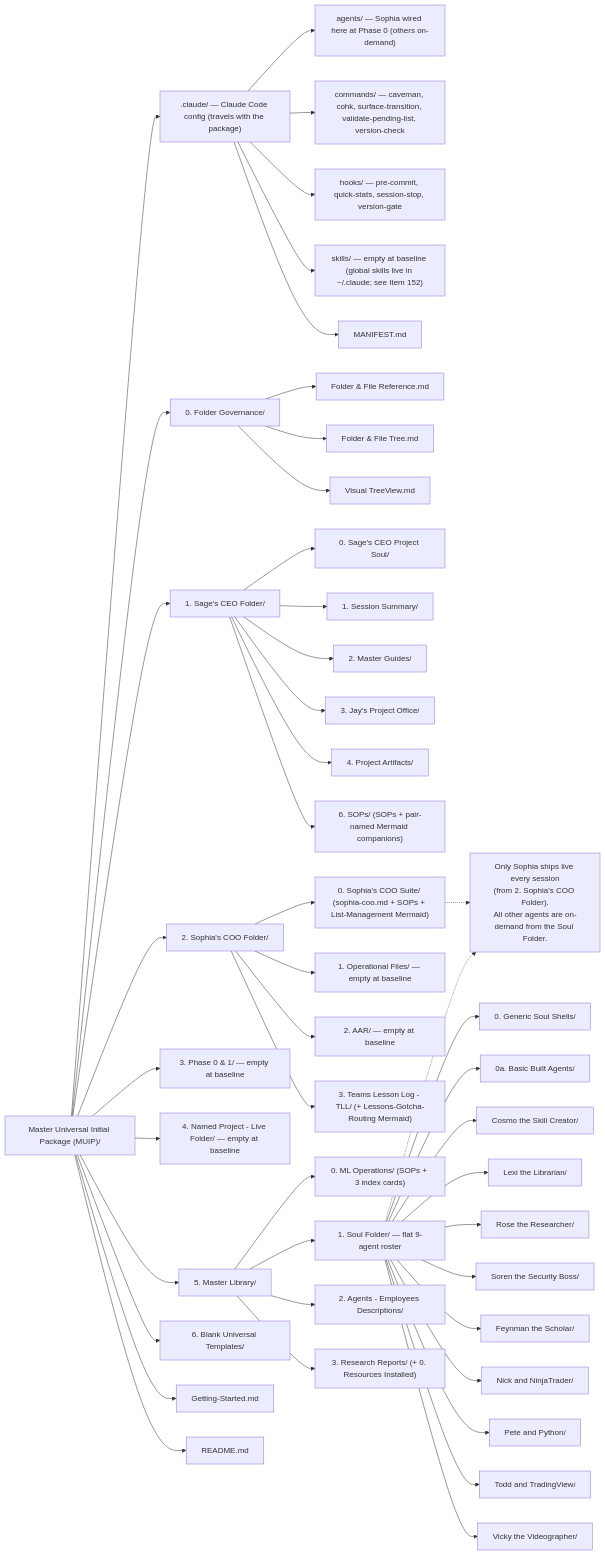
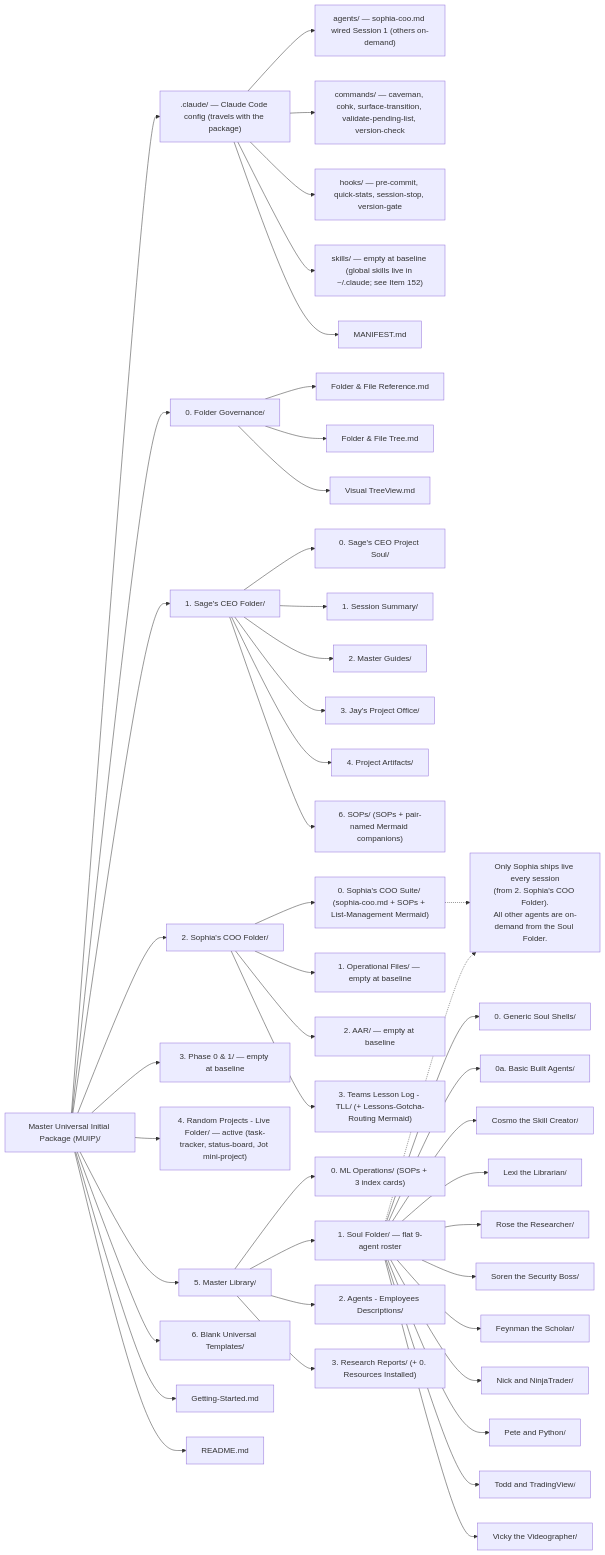
The diagram in 0. Folder Governance/Visual TreeView.md (lacerda4269-rgb/random-claude-projects), drawn with Mermaid before and after one commit. The commit also changed other lines of this file and 17 other files, not shown here.

````diff
--- a/0. Folder Governance/Visual TreeView.md
+++ b/0. Folder Governance/Visual TreeView.md
@@ -19,64 +19,64 @@
 ```mermaid
 graph LR
     v01b["Master Universal Initial Package (MUIP)/"]
     v01b --> DOTCLAUDE[".claude/ — Claude Code config (travels with the package)"]
     v01b --> FG["0. Folder Governance/"]
     v01b --> CEO["1. Sage's CEO Folder/"]
     v01b --> COO["2. Sophia's COO Folder/"]
     v01b --> PO1["3. Phase 0 & 1/ — empty at baseline"]
-    v01b --> LIVE["4. Named Project - Live Folder/ — empty at baseline"]
+    v01b --> LIVE["4. Random Projects - Live Folder/ — active (task-tracker, status-board, Jot mini-project)"]
     v01b --> ML["5. Master Library/"]
     v01b --> BT["6. Blank Universal Templates/"]
     v01b --> GS["Getting-Started.md"]
     v01b --> RM["README.md"]
 
     %% .claude (Claude Code config — travels with the package)
-    DOTCLAUDE --> DC_AGENTS["agents/ — Sophia wired here at Phase 0 (others on-demand)"]
+    DOTCLAUDE --> DC_AGENTS["agents/ — sophia-coo.md wired Session 1 (others on-demand)"]
     DOTCLAUDE --> DC_CMD["commands/ — caveman, cohk, surface-transition, validate-pending-list, version-check"]
     DOTCLAUDE --> DC_HOOKS["hooks/ — pre-commit, quick-stats, session-stop, version-gate"]
     DOTCLAUDE --> DC_SKILLS["skills/ — empty at baseline (global skills live in ~/.claude; see Item 152)"]
     DOTCLAUDE --> DC_MAN["MANIFEST.md"]
 
     %% 0. Folder Governance
     FG --> FG_REF["Folder & File Reference.md"]
     FG --> FG_TREE["Folder & File Tree.md"]
     FG --> FG_VIS["Visual TreeView.md"]
 
     %% 1. Sage's CEO Folder
     CEO --> CEO_SOUL["0. Sage's CEO Project Soul/"]
     CEO --> CEO_SS["1. Session Summary/"]
     CEO --> CEO_MG["2. Master Guides/"]
     CEO --> CEO_PO["3. Jay's Project Office/"]
     CEO --> CEO_PA["4. Project Artifacts/"]
     CEO --> CEO_SOP["6. SOPs/ (SOPs + pair-named Mermaid companions)"]
 
     %% 2. Sophia's COO Folder
     COO --> COO_SUITE["0. Sophia's COO Suite/ (sophia-coo.md + SOPs + List-Management Mermaid)"]
     COO --> COO_OPS["1. Operational Files/ — empty at baseline"]
     COO --> COO_AAR["2. AAR/ — empty at baseline"]
     COO --> COO_TLL["3. Teams Lesson Log - TLL/ (+ Lessons-Gotcha-Routing Mermaid)"]
 
     %% 5. Master Library
     ML --> ML_OPS["0. ML Operations/ (SOPs + 3 index cards)"]
     ML --> ML_SOUL["1. Soul Folder/ — flat 9-agent roster"]
     ML --> ML_DESC["2. Agents - Employees Descriptions/"]
     ML --> ML_RR["3. Research Reports/ (+ 0. Resources Installed)"]
 
     %% Soul Folder — flat roster
     ML_SOUL --> SF_SHELLS["0. Generic Soul Shells/"]
     ML_SOUL --> SF_BASIC["0a. Basic Built Agents/"]
     ML_SOUL --> SF_COSMO["Cosmo the Skill Creator/"]
     ML_SOUL --> SF_LEXI["Lexi the Librarian/"]
     ML_SOUL --> SF_ROSE["Rose the Researcher/"]
     ML_SOUL --> SF_SOREN["Soren the Security Boss/"]
     ML_SOUL --> SF_FEY["Feynman the Scholar/"]
     ML_SOUL --> SF_NICK["Nick and NinjaTrader/"]
     ML_SOUL --> SF_PETE["Pete and Python/"]
     ML_SOUL --> SF_TODD["Todd and TradingView/"]
     ML_SOUL --> SF_VICKY["Vicky the Videographer/"]
 
     %% Residency callout
     SOPHIA_LIVE["Only Sophia ships live every session\n(from 2. Sophia's COO Folder).\nAll other agents are on-demand from the Soul Folder."]
     COO_SUITE -.-> SOPHIA_LIVE
     ML_SOUL -.-> SOPHIA_LIVE
 ```
````
